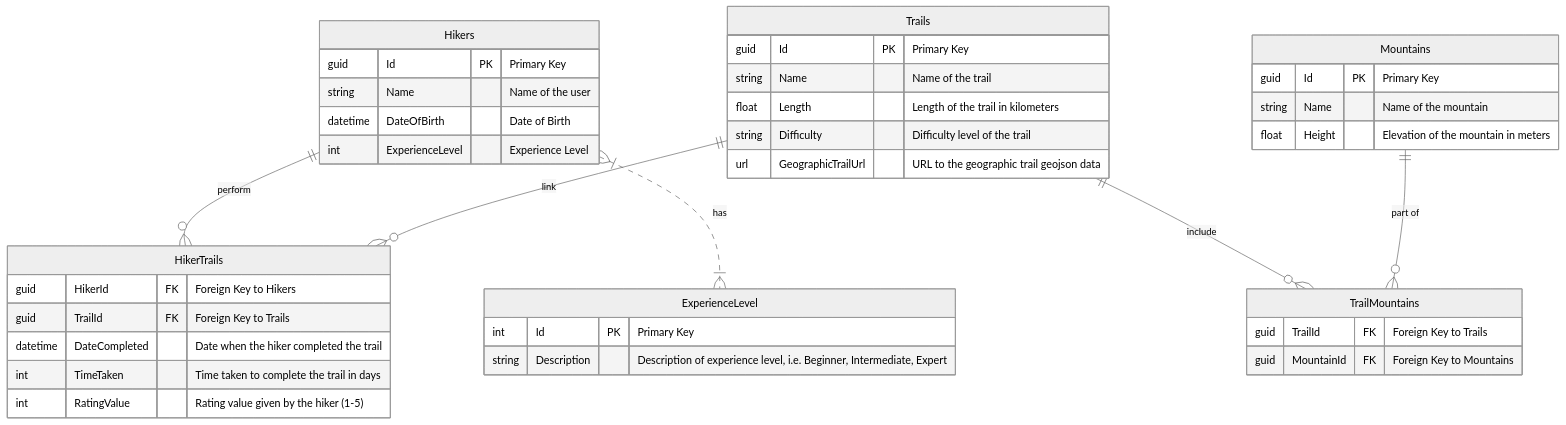
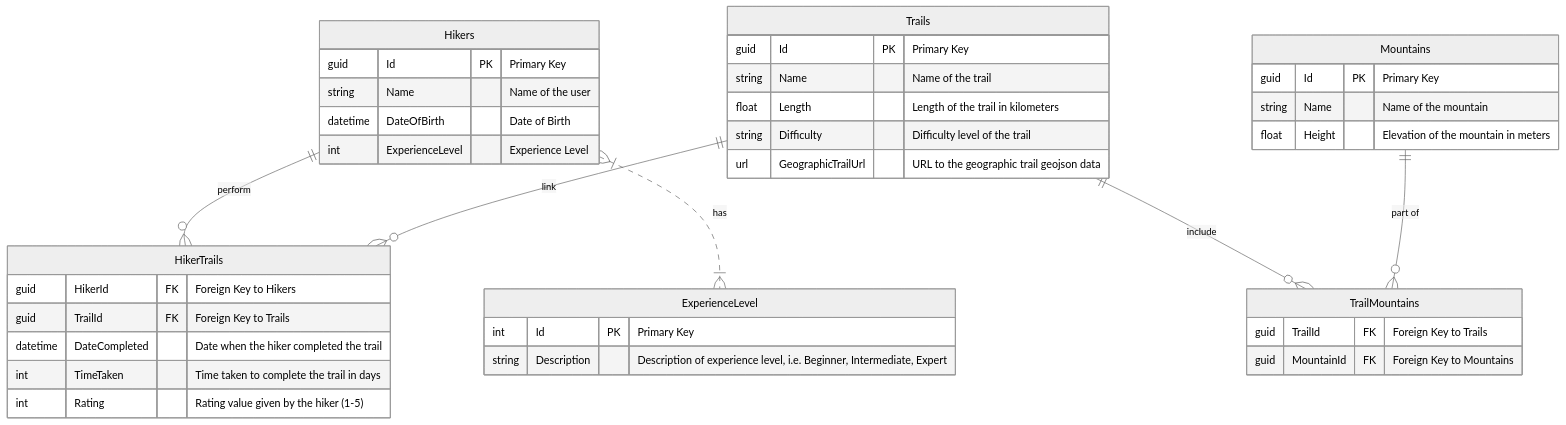
One commit to Mara1969/MyHikingAPI changed the diagram in Docs/Schema.mmd. Above: the diagram before and after it, drawn with Mermaid (neutral theme).

Commit message:
updating the schema

```diff
--- a/Docs/Schema.mmd
+++ b/Docs/Schema.mmd
@@ -1,43 +1,43 @@
 
 erDiagram
     Hikers {
         guid Id PK "Primary Key"
         string Name "Name of the user"
         datetime DateOfBirth "Date of Birth"
         int ExperienceLevel "Experience Level"
     }
     ExperienceLevel {
         int Id PK "Primary Key"
         string Description "Description of experience level, i.e. Beginner, Intermediate, Expert"
     }
 
     Trails {
         guid Id PK "Primary Key"
         string Name "Name of the trail"
         float Length "Length of the trail in kilometers"
         string Difficulty "Difficulty level of the trail"
         url GeographicTrailUrl "URL to the geographic trail geojson data"
     }
     HikerTrails {
         guid HikerId FK "Foreign Key to Hikers"
         guid TrailId FK "Foreign Key to Trails"
         datetime DateCompleted "Date when the hiker completed the trail"
         int TimeTaken "Time taken to complete the trail in days"
-        int RatingValue "Rating value given by the hiker (1-5)"
+        int Rating "Rating value given by the hiker (1-5)"
     }
     Mountains {
         guid Id PK "Primary Key"
         string Name "Name of the mountain"
         float Height "Elevation of the mountain in meters"
     }
     TrailMountains {
         guid TrailId FK "Foreign Key to Trails"
         guid MountainId FK "Foreign Key to Mountains"
     }
 
 
     Hikers ||--o{ HikerTrails : "perform"
     Trails ||--o{ HikerTrails : "link"
     Trails ||--o{ TrailMountains : "include"
     Mountains ||--o{ TrailMountains : "part of"
     Hikers }|..|{ ExperienceLevel : "has"
```
